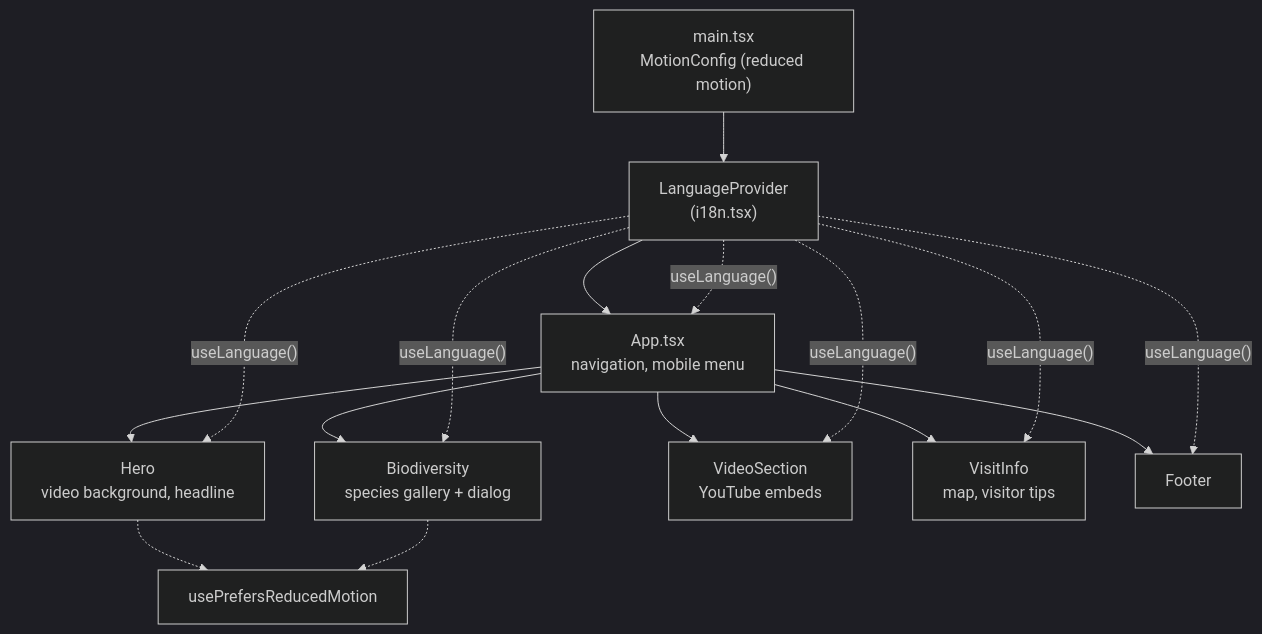
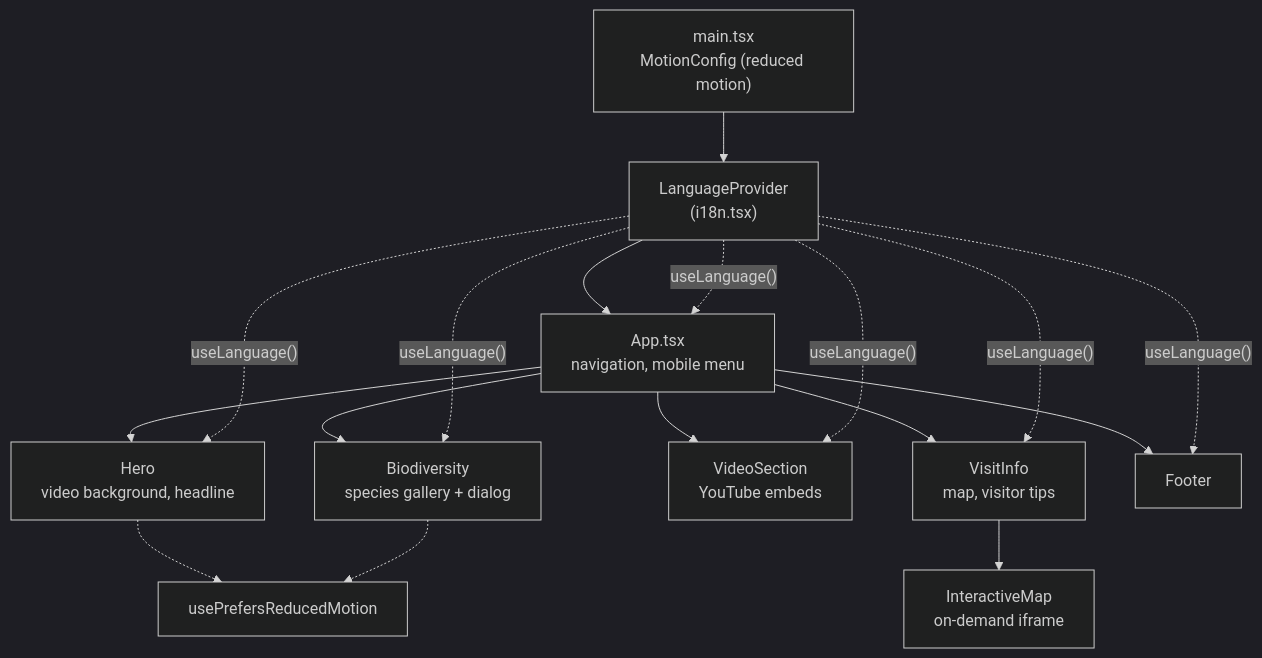
Before and after one commit to Gurmeta/dragoman-marsh: the first of 3 diagrams in docs/ARCHITECTURE.md, drawn with Mermaid (dark theme). The commit also changed other lines of this file and 14 other files, not shown here.

First line of the commit message:
feat: add interactive map with lazy embed and printable poster (#21)

````diff
--- a/docs/ARCHITECTURE.md
+++ b/docs/ARCHITECTURE.md
@@ -7,18 +7,19 @@
 ```mermaid
 flowchart TD
     main["main.tsx<br/>MotionConfig (reduced motion)"] --> LP["LanguageProvider<br/>(i18n.tsx)"]
     LP --> App["App.tsx<br/>navigation, mobile menu"]
     App --> Hero["Hero<br/>video background, headline"]
     App --> Bio["Biodiversity<br/>species gallery + dialog"]
     App --> Vid["VideoSection<br/>YouTube embeds"]
     App --> Visit["VisitInfo<br/>map, visitor tips"]
+    Visit --> IMap["InteractiveMap<br/>on-demand iframe"]
     App --> Footer["Footer"]
     Hero -.-> RM["usePrefersReducedMotion"]
     Bio -.-> RM
     LP -. "useLanguage()" .-> App
     LP -. "useLanguage()" .-> Hero
     LP -. "useLanguage()" .-> Bio
     LP -. "useLanguage()" .-> Vid
     LP -. "useLanguage()" .-> Visit
     LP -. "useLanguage()" .-> Footer
 ```
````
